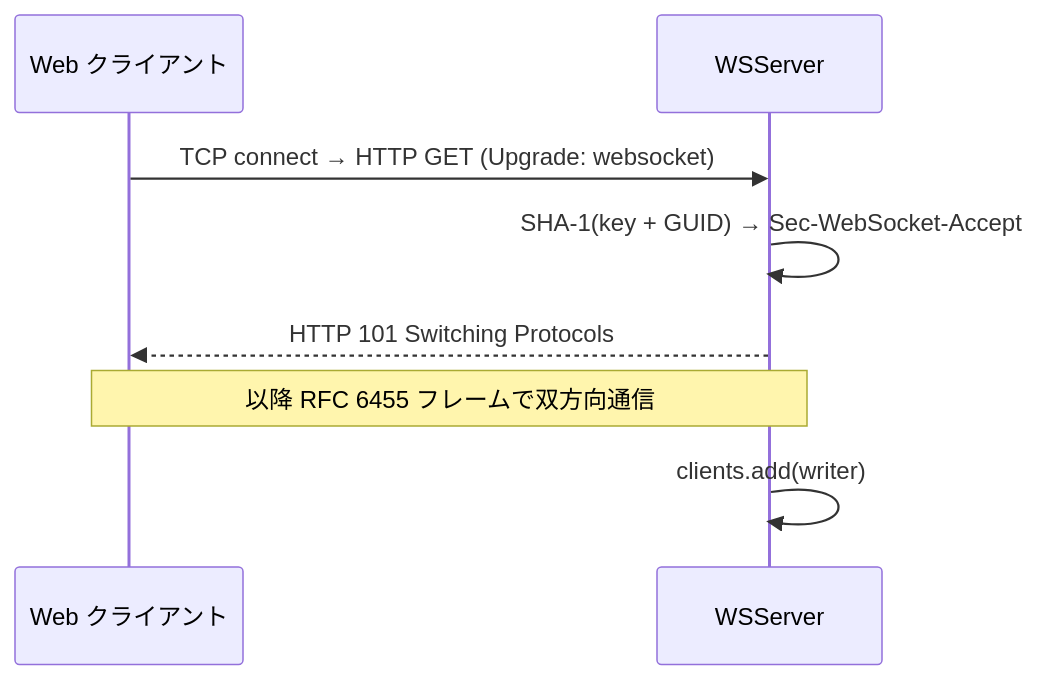
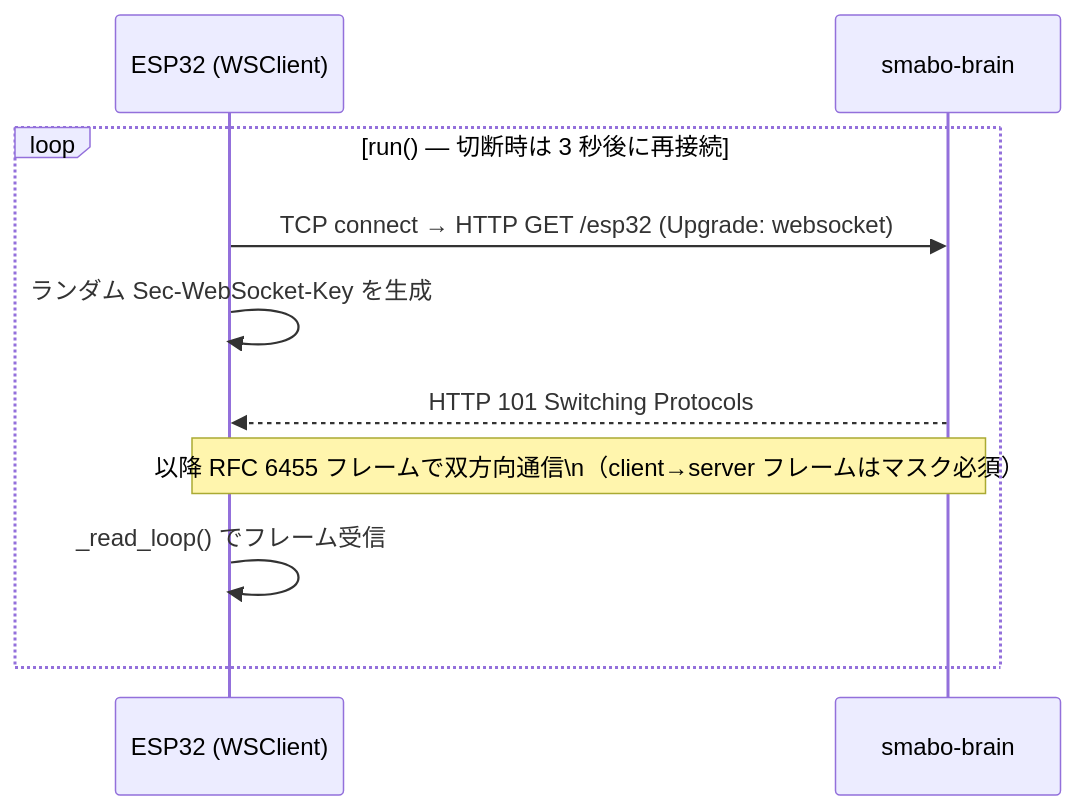
The third of 14 diagrams in docs/architecture/design.md (smabo-smartphone-robot/smabo-smartphone-robot.github.io), drawn with Mermaid before and after one commit. The commit also changed other lines of this file and 5 other files, not shown here.

````diff
--- a/docs/architecture/design.md
+++ b/docs/architecture/design.md
@@ -244,11 +260,13 @@
 ```mermaid
 sequenceDiagram
-    participant Client as Web クライアント
-    participant WSServer
+    participant WSClient as ESP32 (WSClient)
+    participant Brain as smabo-brain
 
-    Client->>WSServer: TCP connect → HTTP GET (Upgrade: websocket)
-    WSServer->>WSServer: SHA-1(key + GUID) → Sec-WebSocket-Accept
-    WSServer-->>Client: HTTP 101 Switching Protocols
-    Note over Client,WSServer: 以降 RFC 6455 フレームで双方向通信
-    WSServer->>WSServer: clients.add(writer)
+    loop run() — 切断時は 3 秒後に再接続
+        WSClient->>Brain: TCP connect → HTTP GET /esp32 (Upgrade: websocket)
+        WSClient->>WSClient: ランダム Sec-WebSocket-Key を生成
+        Brain-->>WSClient: HTTP 101 Switching Protocols
+        Note over WSClient,Brain: 以降 RFC 6455 フレームで双方向通信\n（client→server フレームはマスク必須）
+        WSClient->>WSClient: _read_loop() でフレーム受信
+    end
 ```
````
